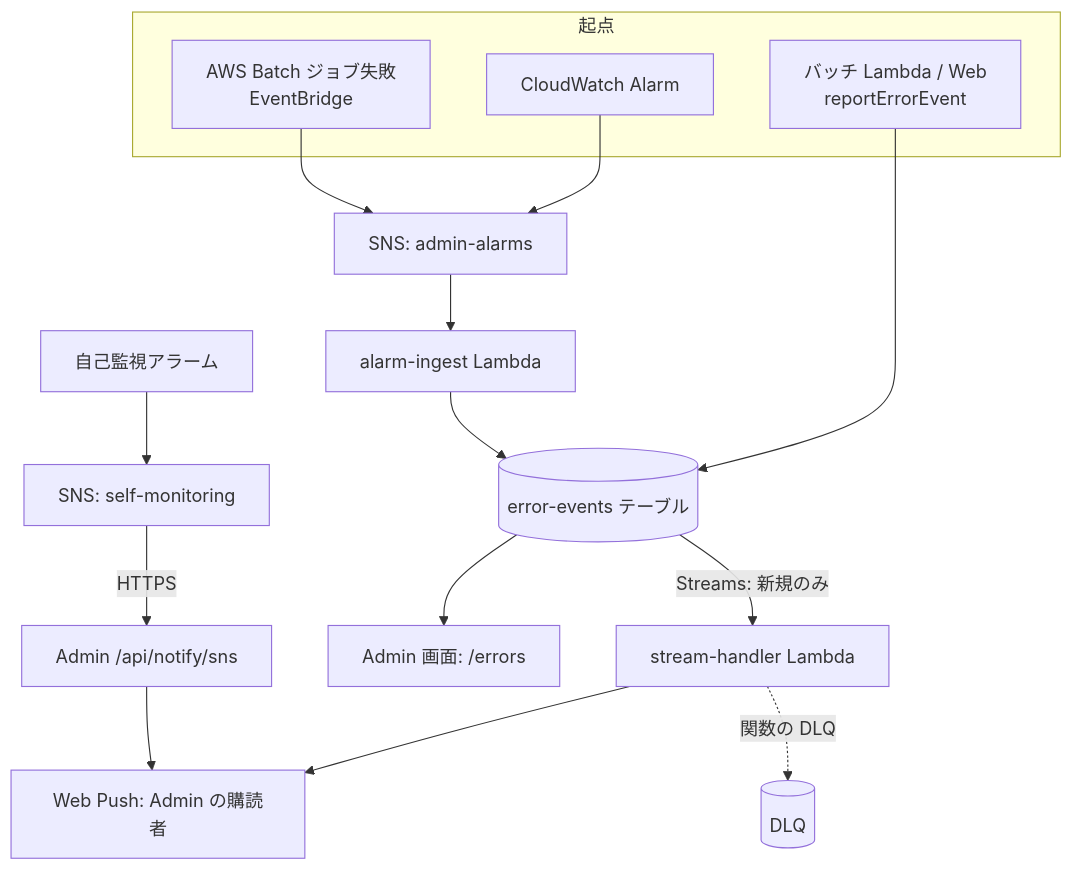
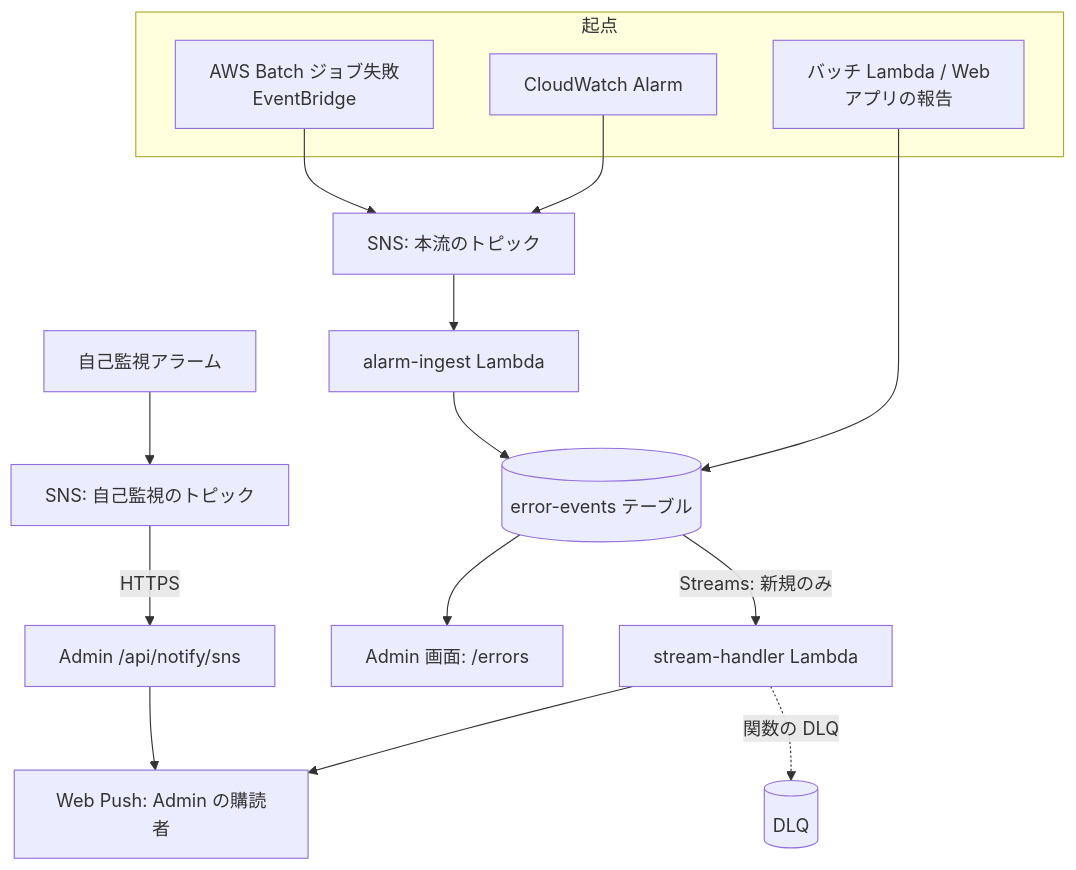
Before and after one commit to nagiyu/nagiyu-platform: the second of 2 diagrams in docs/services/admin/specs/flow/error-notification.md, drawn with Mermaid. The commit also changed other lines of this file and 7 other files, not shown here.

First line of the commit message:
docs(admin): flow・batch・term の文書を新しい配置に書き直す

````diff
--- a/docs/services/admin/specs/flow/error-notification.md
+++ b/docs/services/admin/specs/flow/error-notification.md
@@ -95,20 +69,20 @@
 ```mermaid
 flowchart TD
     subgraph ORIGIN["起点"]
-        APP["バッチ Lambda / Web<br/>reportErrorEvent"]
+        APP["バッチ Lambda / Web<br/>アプリの報告"]
         CW["CloudWatch Alarm"]
         BATCH["AWS Batch ジョブ失敗<br/>EventBridge"]
     end
-    CW --> SNS["SNS: admin-alarms"]
+    CW --> SNS["SNS: 本流のトピック"]
     BATCH --> SNS
     SNS --> AI["alarm-ingest Lambda"]
     APP --> T[("error-events テーブル")]
     AI --> T
     T -->|"Streams: 新規のみ"| SH["stream-handler Lambda"]
     SH --> PUSH["Web Push: Admin の購読者"]
     T --> UI["Admin 画面: /errors"]
     SH -.->|"関数の DLQ"| DLQ[("DLQ")]
-    SELF["自己監視アラーム"] --> SNS2["SNS: self-monitoring"]
+    SELF["自己監視アラーム"] --> SNS2["SNS: 自己監視のトピック"]
     SNS2 -->|"HTTPS"| API["Admin /api/notify/sns"]
     API --> PUSH
 ```
````
